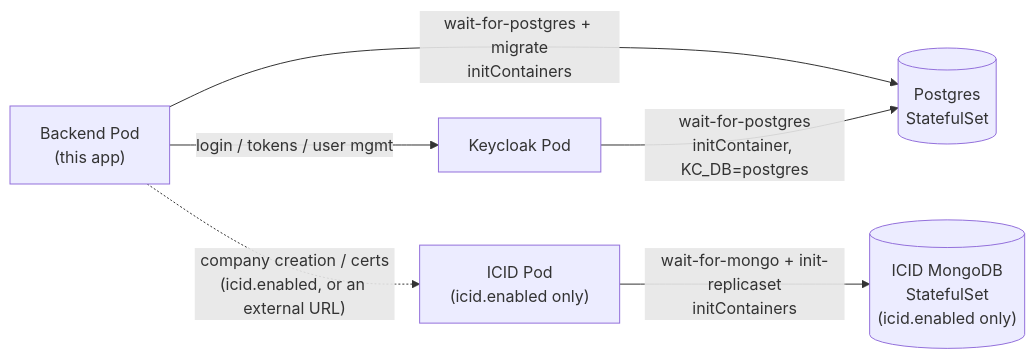
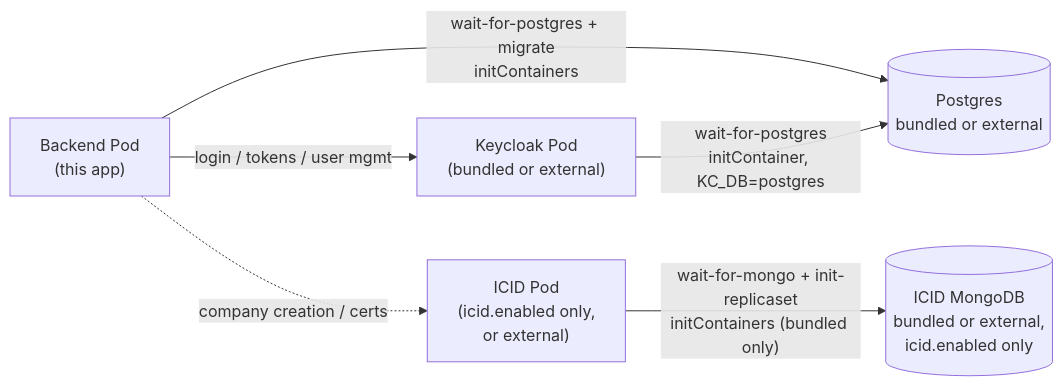
One commit to IndustryFusion/ifric-registry-service-oss changed the diagram in charts/ifric-registry-service/README.md. Above: the diagram before and after it, drawn with Mermaid. The commit also changed other lines of this file and 10 other files, not shown here.

````diff
--- a/charts/ifric-registry-service/README.md
+++ b/charts/ifric-registry-service/README.md
@@ -13,14 +13,14 @@
 ```mermaid
 flowchart LR
     Backend["Backend Pod<br/>(this app)"]
-    KC["Keycloak Pod"]
-    PG[("Postgres<br/>StatefulSet")]
-    ICID["ICID Pod<br/>(icid.enabled only)"]
-    Mongo[("ICID MongoDB<br/>StatefulSet<br/>(icid.enabled only)")]
+    KC["Keycloak Pod<br/>(bundled or external)"]
+    PG[("Postgres<br/>bundled or external")]
+    ICID["ICID Pod<br/>(icid.enabled only,<br/>or external)"]
+    Mongo[("ICID MongoDB<br/>bundled or external,<br/>icid.enabled only")]
 
     Backend -- "wait-for-postgres + migrate<br/>initContainers" --> PG
     Backend -- "login / tokens / user mgmt" --> KC
-    Backend -. "company creation / certs<br/>(icid.enabled, or an external URL)" .-> ICID
+    Backend -. "company creation / certs" .-> ICID
     KC -- "wait-for-postgres<br/>initContainer, KC_DB=postgres" --> PG
-    ICID -- "wait-for-mongo + init-replicaset<br/>initContainers" --> Mongo
+    ICID -- "wait-for-mongo + init-replicaset<br/>initContainers (bundled only)" --> Mongo
 ```
````
